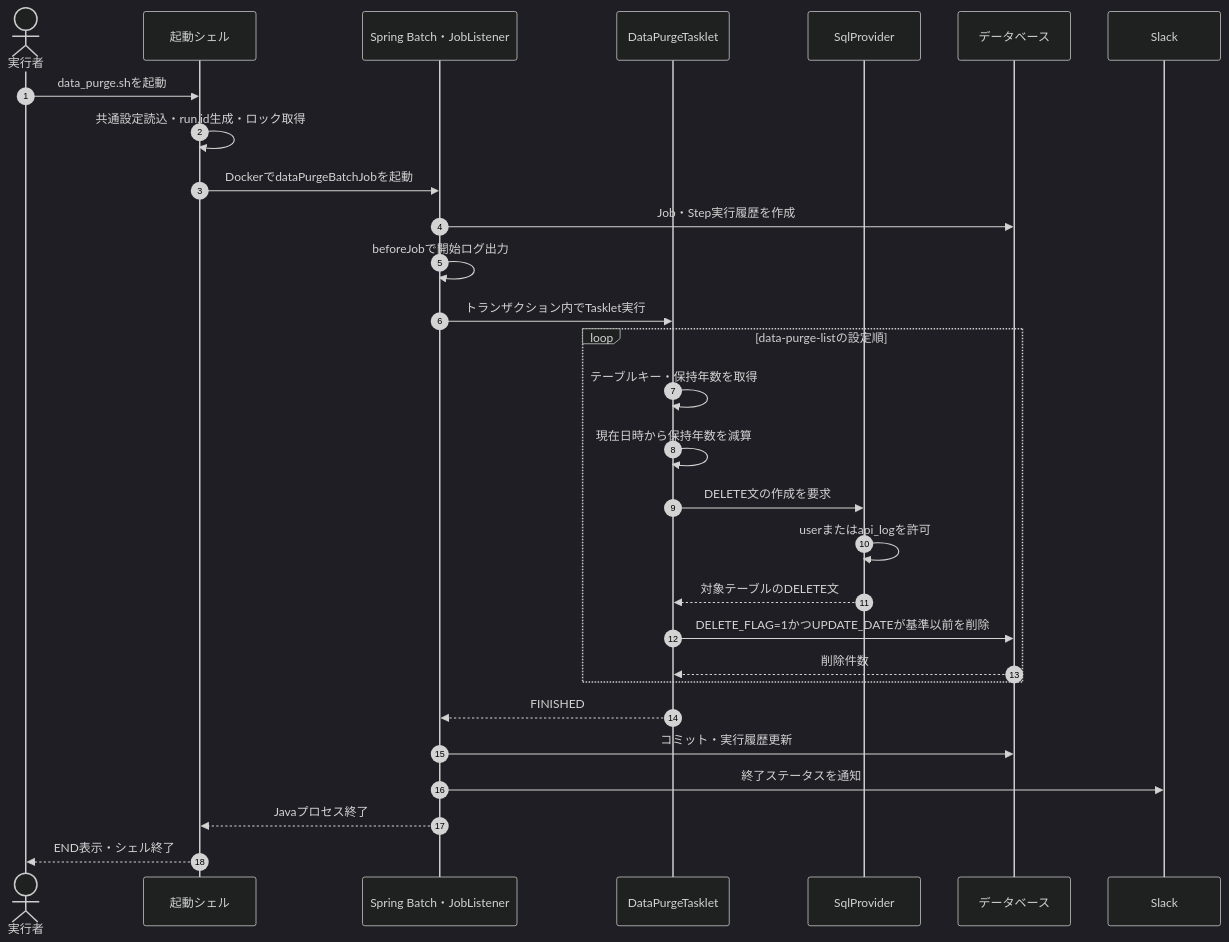
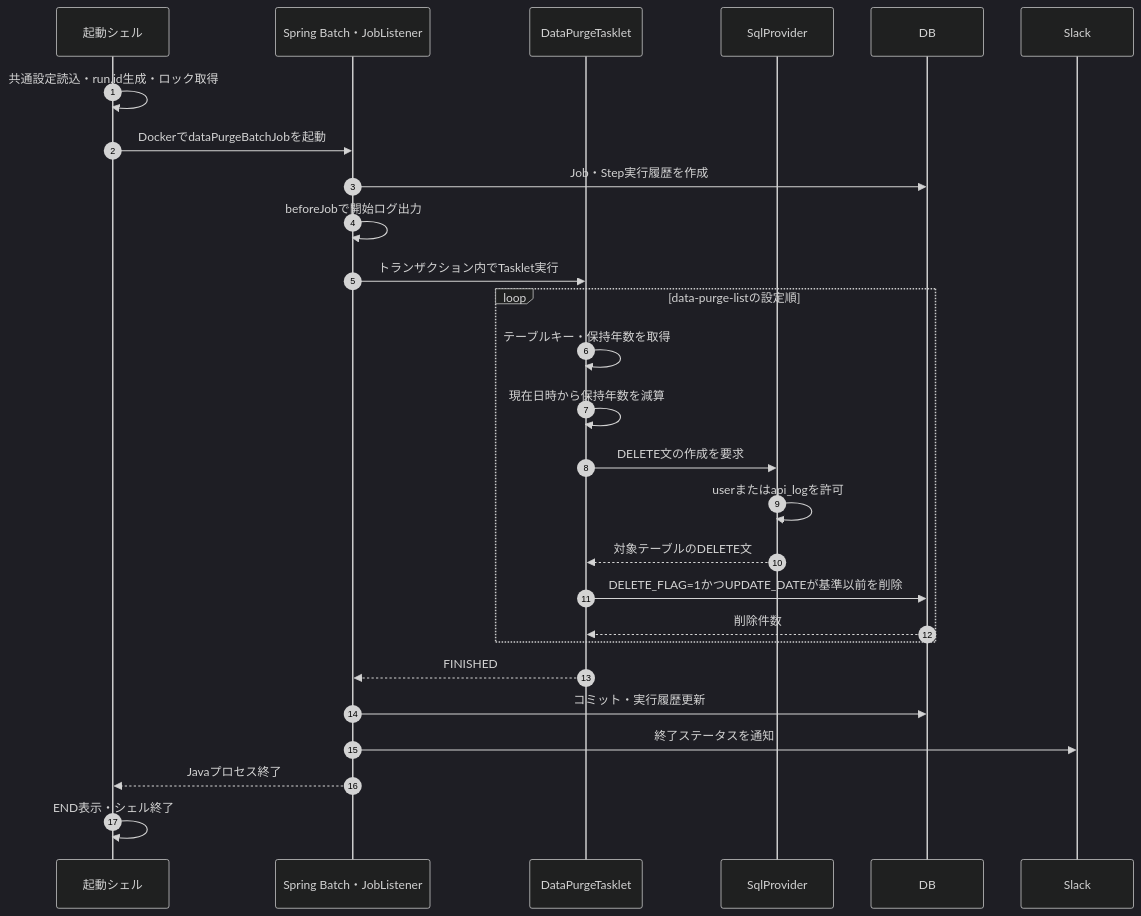
The second of 2 diagrams in ha-docs/design/03_batch/設計書_3.10.データパージバッチ.md (kohei-okazaki/work-3g), drawn with Mermaid (dark theme) before and after one commit. The commit also changed other lines of this file and 12 other files, not shown here.

````diff
--- a/ha-docs/design/03_batch/設計書_3.10.データパージバッチ.md
+++ b/ha-docs/design/03_batch/設計書_3.10.データパージバッチ.md
@@ -109,31 +41,29 @@
 ```mermaid
 sequenceDiagram
     autonumber
-    actor O as 実行者
     participant S as 起動シェル
     participant J as Spring Batch・JobListener
     participant T as DataPurgeTasklet
     participant P as SqlProvider
-    participant D as データベース
+    participant D as DB
     participant N as Slack
-    O->>S: data_purge.shを起動
     S->>S: 共通設定読込・run.id生成・ロック取得
     S->>J: DockerでdataPurgeBatchJobを起動
     J->>D: Job・Step実行履歴を作成
     J->>J: beforeJobで開始ログ出力
     J->>T: トランザクション内でTasklet実行
     loop data-purge-listの設定順
         T->>T: テーブルキー・保持年数を取得
         T->>T: 現在日時から保持年数を減算
         T->>P: DELETE文の作成を要求
         P->>P: userまたはapi_logを許可
         P-->>T: 対象テーブルのDELETE文
         T->>D: DELETE_FLAG=1かつUPDATE_DATEが基準以前を削除
         D-->>T: 削除件数
     end
     T-->>J: FINISHED
     J->>D: コミット・実行履歴更新
     J->>N: 終了ステータスを通知
     J-->>S: Javaプロセス終了
-    S-->>O: END表示・シェル終了
+    S->>S: END表示・シェル終了
 ```
````
